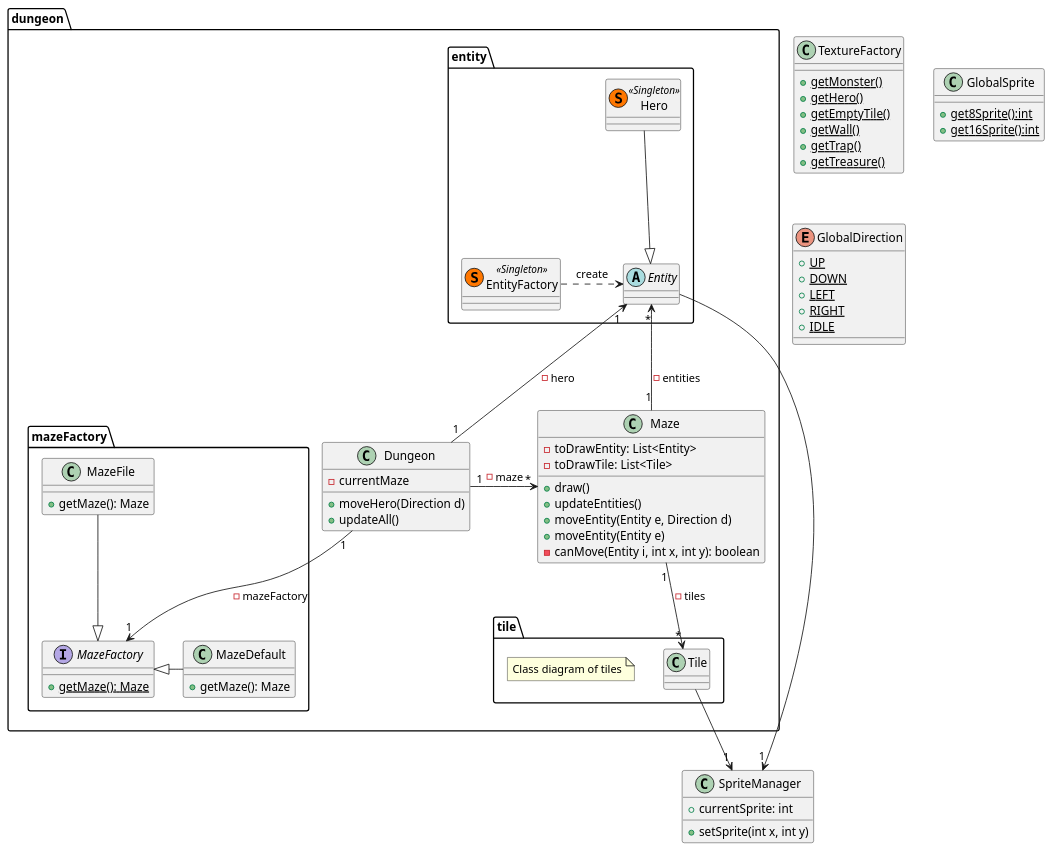
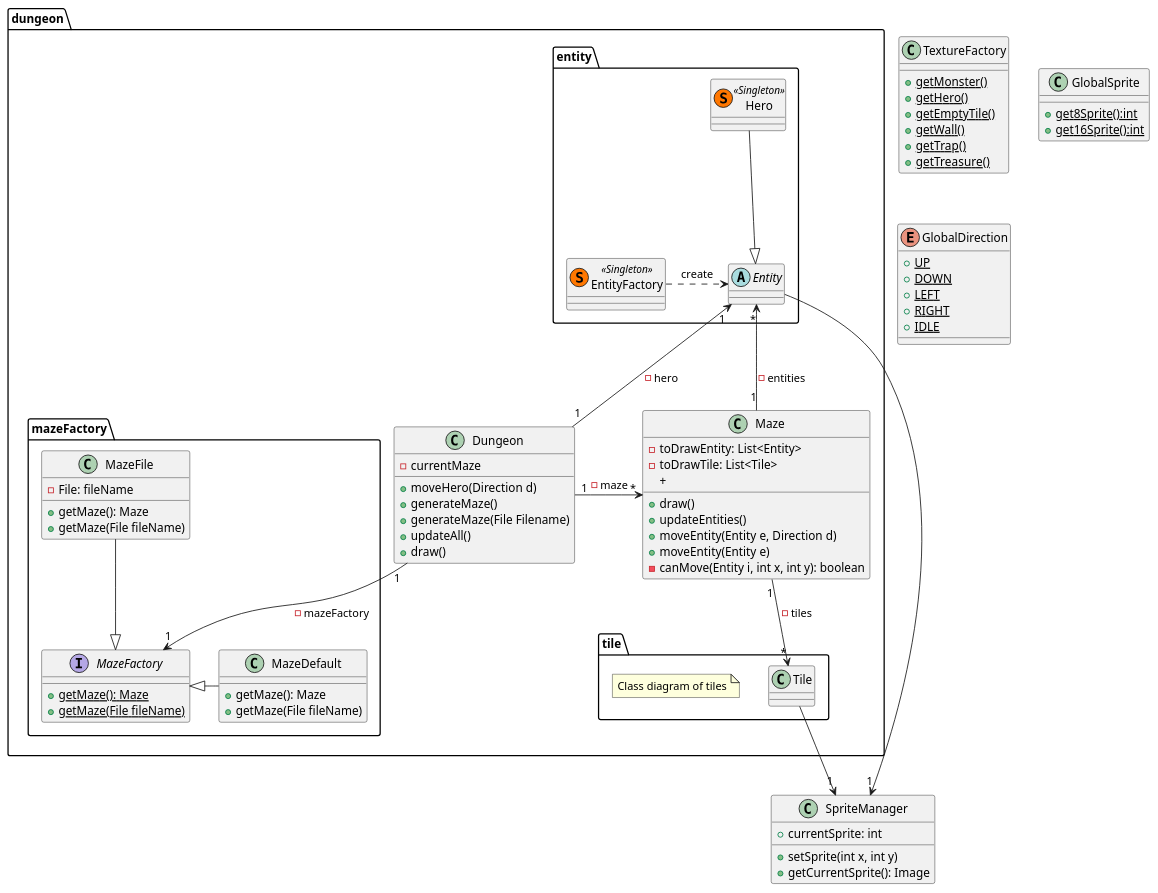
Before and after one commit to Reynault/ACL_2019_Zelpop: the diagram in doc/first_sprint/diagrams/class/global.puml, drawn with PlantUML. The commit also changed 6 other files, not shown here.

Commit message:
First Sprint : Update diagrams

```diff
--- a/doc/first_sprint/diagrams/class/global.puml
+++ b/doc/first_sprint/diagrams/class/global.puml
@@ -1,108 +1,117 @@
 @startuml
 
 package dungeon{
 
     class Dungeon{
         - currentMaze
         + moveHero(Direction d)
+        + generateMaze()
+        + generateMaze(File Filename)
         + updateAll()
+        + draw()
     }
 
     class Maze{
         - toDrawEntity: List<Entity>
         - toDrawTile: List<Tile>
         + draw()
         + updateEntities()
         + moveEntity(Entity e, Direction d)
+        +
         + moveEntity(Entity e)
         - canMove(Entity i, int x, int y): boolean
     }
 
     package tile{
 
         class Tile{
 
         }
 
         note "Class diagram of tiles" as N1
 
     }
 
     package entity{
 
         abstract Entity{
 
         }
 
         class Hero << (S,#FF7700) Singleton >>{
 
         }
 
         class EntityFactory << (S,#FF7700) Singleton >>{
 
         }
 
     }
 
     package mazeFactory{
 
         interface MazeFactory{
             + {static}getMaze(): Maze
+            + {static}getMaze(File fileName)
         }
 
         class MazeFile{
+            - File: fileName
             + getMaze(): Maze
+            + getMaze(File fileName)
         }
 
         class MazeDefault{
             + getMaze(): Maze
+            + getMaze(File fileName)
         }
 
     }
 
 }
 
 class TextureFactory{
     + {static}getMonster()
     + {static}getHero()
     + {static}getEmptyTile()
     + {static}getWall()
     + {static}getTrap()
     + {static}getTreasure()
 }
 
 class SpriteManager{
     + currentSprite: int
     + setSprite(int x, int y)
+    + getCurrentSprite(): Image
 }
 
 class GlobalSprite{
     + {static} get8Sprite():int
     + {static} get16Sprite():int
 }
 
 enum GlobalDirection{
     + {static} UP
     + {static} DOWN
     + {static} LEFT
     + {static} RIGHT
     + {static} IDLE
 }
 
 MazeDefault -left-|> MazeFactory
 Dungeon "1" -left-> "*" Maze: -maze
 Dungeon "1" --> "1" MazeFactory: -mazeFactory
 Maze "1" --> "*" Tile: -tiles
 Maze "1" -up-> "*" Entity: -entities
 
 EntityFactory .right.> Entity : create
 
 Hero --|> Entity
 Dungeon "1" --> "1" Entity : -hero
 
 MazeFile --|> MazeFactory
 
 Tile --> "1" SpriteManager
 Entity -right-> "1" SpriteManager
 
 @enduml
```
